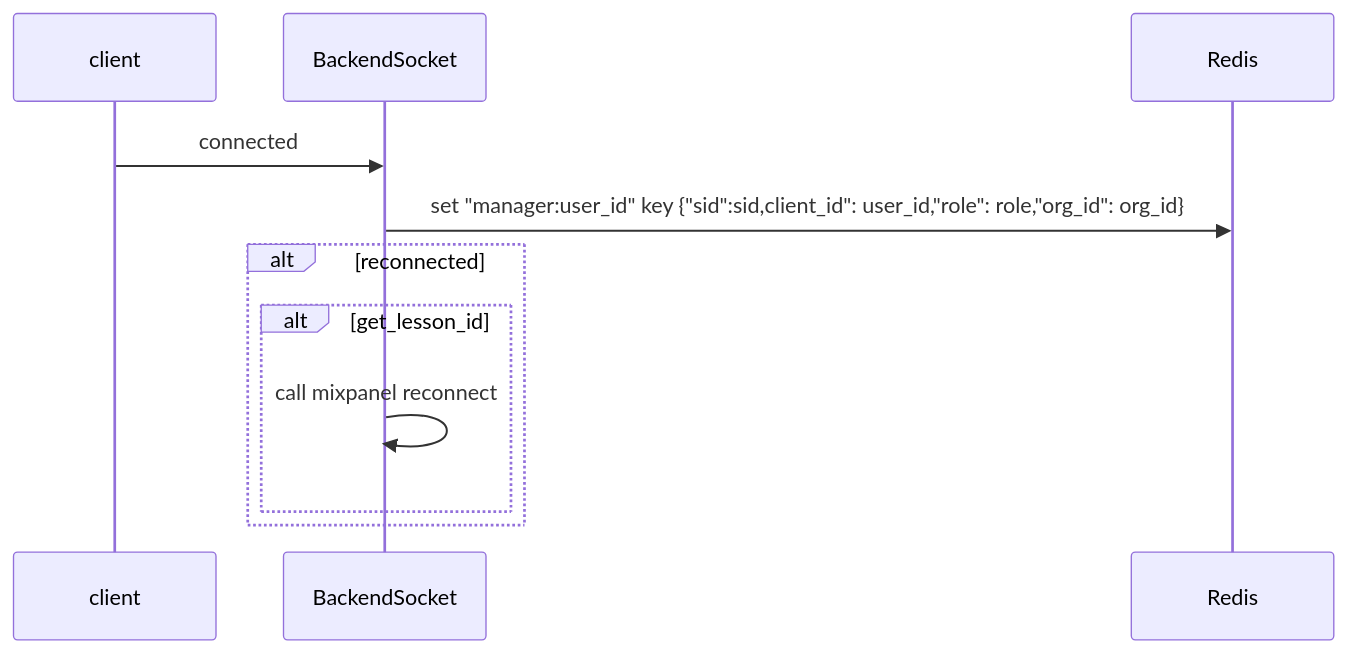
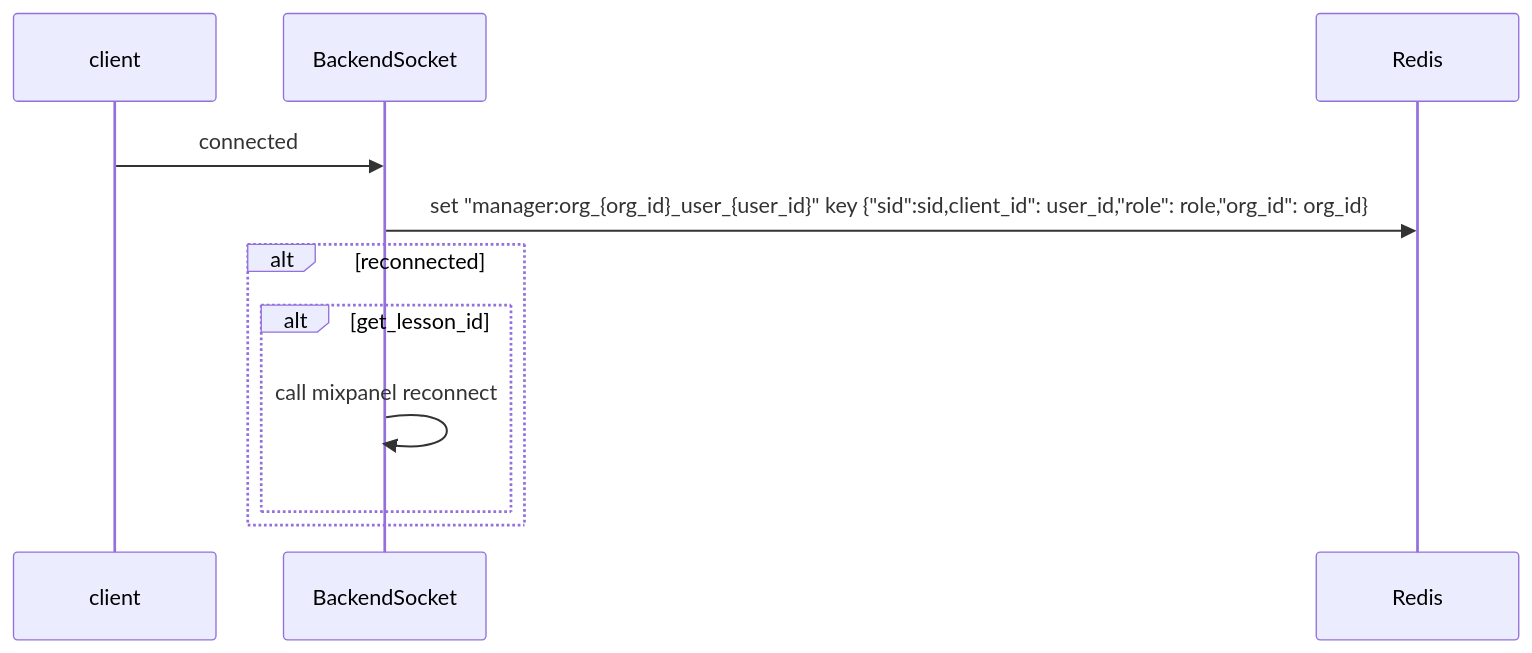
Before and after one commit to claire0613/ocelot_docs: the third of 8 diagrams in socket_event.md, drawn with Mermaid.

Commit message:
fix : modify manager web socket connect key

````diff
--- a/socket_event.md
+++ b/socket_event.md
@@ -61,16 +61,16 @@
 ```mermaid
 sequenceDiagram
 
     participant A as client
     participant B as BackendSocket
     participant R as Redis
     A->>B: connected
-    B->>R: set "manager:user_id" key {"sid":sid,client_id": user_id,"role": role,"org_id": org_id}
+    B->>R: set "manager:org_{org_id}_user_{user_id}" key {"sid":sid,client_id": user_id,"role": role,"org_id": org_id}
     alt reconnected
         alt get_lesson_id
             B->>B:call mixpanel reconnect
         end
 
     end
 
 ```
````
